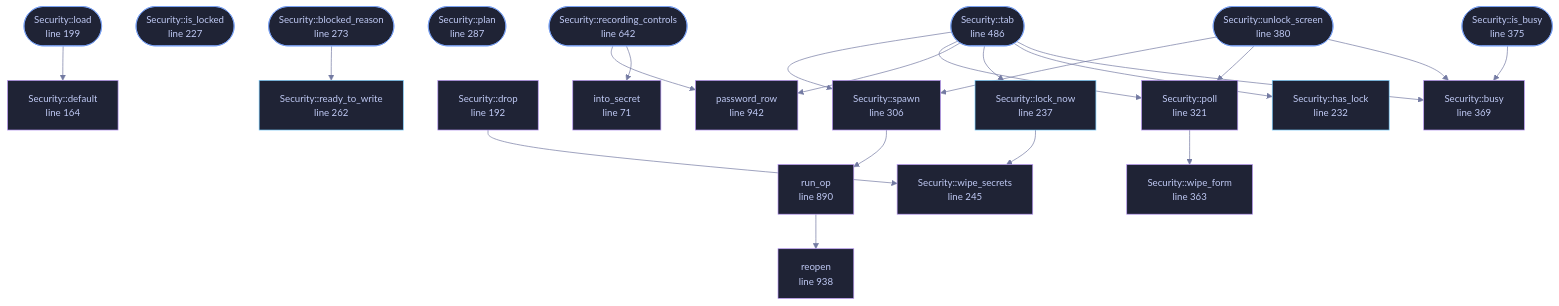
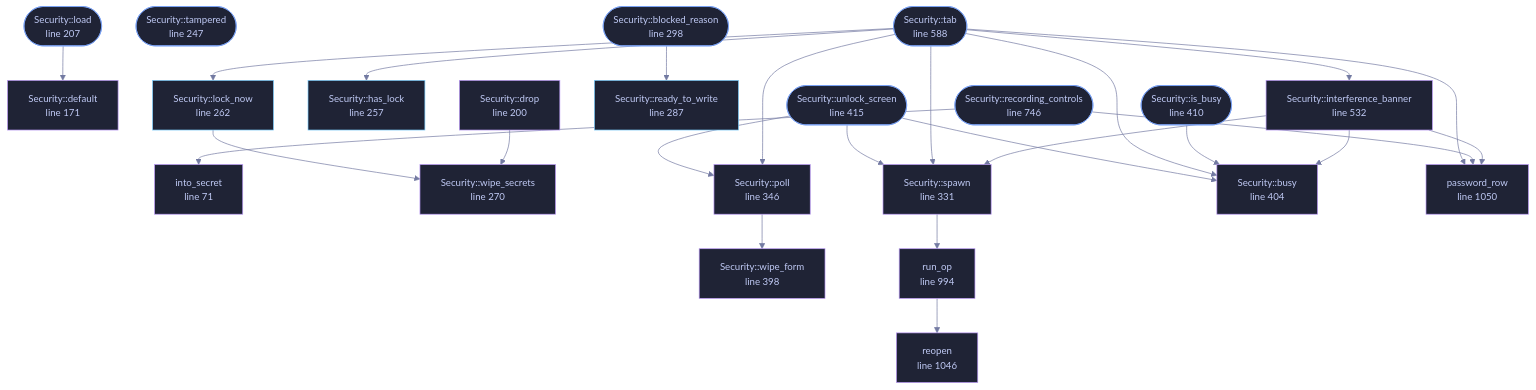
One commit to tilas01/veilvoice changed the diagram in docs/files/veilvoice-gui/security.md. Above: the diagram before and after it, drawn with Mermaid. The commit also changed other lines of this file and 57 other files, not shown here.

````diff
--- a/docs/files/veilvoice-gui/security.md
+++ b/docs/files/veilvoice-gui/security.md
@@ -131,73 +132,77 @@
 ```mermaid
 %%{init: {"theme":"base","themeVariables":{"background":"#1a1b26","primaryColor":"#1f2335","primaryTextColor":"#c0caf5","primaryBorderColor":"#7aa2f7","secondaryColor":"#16161e","tertiaryColor":"#16161e","lineColor":"#737aa2","textColor":"#c0caf5","mainBkg":"#1f2335","nodeBorder":"#7aa2f7","clusterBkg":"#16161e","clusterBorder":"#2f3549","fontFamily":"ui-monospace, SFMono-Regular, Consolas, monospace","fontSize":"14px"}}}%%
 flowchart TD
     n_into_secret["into_secret<br/>line 71"]
-    n_default["Security::default<br/>line 164"]
-    n_drop["Security::drop<br/>line 192"]
-    n_load(["Security::load<br/>line 199"])
-    n_is_locked(["Security::is_locked<br/>line 227"])
-    n_has_lock["Security::has_lock<br/>line 232"]
-    n_lock_now["Security::lock_now<br/>line 237"]
-    n_wipe_secrets["Security::wipe_secrets<br/>line 245"]
-    n_ready_to_write["Security::ready_to_write<br/>line 262"]
-    n_blocked_reason(["Security::blocked_reason<br/>line 273"])
-    n_plan(["Security::plan<br/>line 287"])
-    n_spawn["Security::spawn<br/>line 306"]
-    n_poll["Security::poll<br/>line 321"]
-    n_wipe_form["Security::wipe_form<br/>line 363"]
-    n_busy["Security::busy<br/>line 369"]
-    n_is_busy(["Security::is_busy<br/>line 375"])
-    n_unlock_screen(["Security::unlock_screen<br/>line 380"])
-    n_tab(["Security::tab<br/>line 486"])
-    n_recording_controls(["Security::recording_controls<br/>line 642"])
-    n_run_op["run_op<br/>line 890"]
-    n_reopen["reopen<br/>line 938"]
-    n_password_row["password_row<br/>line 942"]
+    n_default["Security::default<br/>line 171"]
+    n_drop["Security::drop<br/>line 200"]
+    n_load(["Security::load<br/>line 207"])
+    n_tampered(["Security::tampered<br/>line 247"])
+    n_has_lock["Security::has_lock<br/>line 257"]
+    n_lock_now["Security::lock_now<br/>line 262"]
+    n_wipe_secrets["Security::wipe_secrets<br/>line 270"]
+    n_ready_to_write["Security::ready_to_write<br/>line 287"]
+    n_blocked_reason(["Security::blocked_reason<br/>line 298"])
+    n_spawn["Security::spawn<br/>line 331"]
+    n_poll["Security::poll<br/>line 346"]
+    n_wipe_form["Security::wipe_form<br/>line 398"]
+    n_busy["Security::busy<br/>line 404"]
+    n_is_busy(["Security::is_busy<br/>line 410"])
+    n_unlock_screen(["Security::unlock_screen<br/>line 415"])
+    n_interference_banner["Security::interference_banner<br/>line 532"]
+    n_tab(["Security::tab<br/>line 588"])
+    n_recording_controls(["Security::recording_controls<br/>line 746"])
+    n_run_op["run_op<br/>line 994"]
+    n_reopen["reopen<br/>line 1046"]
+    n_password_row["password_row<br/>line 1050"]
     n_blocked_reason --> n_ready_to_write
     n_drop --> n_wipe_secrets
+    n_interference_banner --> n_busy
+    n_interference_banner --> n_password_row
+    n_interference_banner --> n_spawn
     n_is_busy --> n_busy
     n_load --> n_default
     n_lock_now --> n_wipe_secrets
     n_poll --> n_wipe_form
     n_recording_controls --> n_into_secret
     n_recording_controls --> n_password_row
     n_run_op --> n_reopen
     n_spawn --> n_run_op
     n_tab --> n_busy
     n_tab --> n_has_lock
+    n_tab --> n_interference_banner
     n_tab --> n_lock_now
     n_tab --> n_password_row
     n_tab --> n_poll
     n_tab --> n_spawn
     n_unlock_screen --> n_busy
     n_unlock_screen --> n_poll
     n_unlock_screen --> n_spawn
     click n_into_secret href "https://github.com/tilas01/veilvoice/blob/main/crates/veilvoice-gui/src/security.rs#L71" "open the source"
-    click n_default href "https://github.com/tilas01/veilvoice/blob/main/crates/veilvoice-gui/src/security.rs#L164" "open the source"
-    click n_drop href "https://github.com/tilas01/veilvoice/blob/main/crates/veilvoice-gui/src/security.rs#L192" "open the source"
-    click n_load href "https://github.com/tilas01/veilvoice/blob/main/crates/veilvoice-gui/src/security.rs#L199" "open the source"
-    click n_is_locked href "https://github.com/tilas01/veilvoice/blob/main/crates/veilvoice-gui/src/security.rs#L227" "open the source"
-    click n_has_lock href "https://github.com/tilas01/veilvoice/blob/main/crates/veilvoice-gui/src/security.rs#L232" "open the source"
-    click n_lock_now href "https://github.com/tilas01/veilvoice/blob/main/crates/veilvoice-gui/src/security.rs#L237" "open the source"
-    click n_wipe_secrets href "https://github.com/tilas01/veilvoice/blob/main/crates/veilvoice-gui/src/security.rs#L245" "open the source"
-    click n_ready_to_write href "https://github.com/tilas01/veilvoice/blob/main/crates/veilvoice-gui/src/security.rs#L262" "open the source"
-    click n_blocked_reason href "https://github.com/tilas01/veilvoice/blob/main/crates/veilvoice-gui/src/security.rs#L273" "open the source"
-    click n_plan href "https://github.com/tilas01/veilvoice/blob/main/crates/veilvoice-gui/src/security.rs#L287" "open the source"
-    click n_spawn href "https://github.com/tilas01/veilvoice/blob/main/crates/veilvoice-gui/src/security.rs#L306" "open the source"
-    click n_poll href "https://github.com/tilas01/veilvoice/blob/main/crates/veilvoice-gui/src/security.rs#L321" "open the source"
-    click n_wipe_form href "https://github.com/tilas01/veilvoice/blob/main/crates/veilvoice-gui/src/security.rs#L363" "open the source"
-    click n_busy href "https://github.com/tilas01/veilvoice/blob/main/crates/veilvoice-gui/src/security.rs#L369" "open the source"
-    click n_is_busy href "https://github.com/tilas01/veilvoice/blob/main/crates/veilvoice-gui/src/security.rs#L375" "open the source"
-    click n_unlock_screen href "https://github.com/tilas01/veilvoice/blob/main/crates/veilvoice-gui/src/security.rs#L380" "open the source"
-    click n_tab href "https://github.com/tilas01/veilvoice/blob/main/crates/veilvoice-gui/src/security.rs#L486" "open the source"
-    click n_recording_controls href "https://github.com/tilas01/veilvoice/blob/main/crates/veilvoice-gui/src/security.rs#L642" "open the source"
-    click n_run_op href "https://github.com/tilas01/veilvoice/blob/main/crates/veilvoice-gui/src/security.rs#L890" "open the source"
-    click n_reopen href "https://github.com/tilas01/veilvoice/blob/main/crates/veilvoice-gui/src/security.rs#L938" "open the source"
-    click n_password_row href "https://github.com/tilas01/veilvoice/blob/main/crates/veilvoice-gui/src/security.rs#L942" "open the source"
+    click n_default href "https://github.com/tilas01/veilvoice/blob/main/crates/veilvoice-gui/src/security.rs#L171" "open the source"
+    click n_drop href "https://github.com/tilas01/veilvoice/blob/main/crates/veilvoice-gui/src/security.rs#L200" "open the source"
+    click n_load href "https://github.com/tilas01/veilvoice/blob/main/crates/veilvoice-gui/src/security.rs#L207" "open the source"
+    click n_tampered href "https://github.com/tilas01/veilvoice/blob/main/crates/veilvoice-gui/src/security.rs#L247" "open the source"
+    click n_has_lock href "https://github.com/tilas01/veilvoice/blob/main/crates/veilvoice-gui/src/security.rs#L257" "open the source"
+    click n_lock_now href "https://github.com/tilas01/veilvoice/blob/main/crates/veilvoice-gui/src/security.rs#L262" "open the source"
+    click n_wipe_secrets href "https://github.com/tilas01/veilvoice/blob/main/crates/veilvoice-gui/src/security.rs#L270" "open the source"
+    click n_ready_to_write href "https://github.com/tilas01/veilvoice/blob/main/crates/veilvoice-gui/src/security.rs#L287" "open the source"
+    click n_blocked_reason href "https://github.com/tilas01/veilvoice/blob/main/crates/veilvoice-gui/src/security.rs#L298" "open the source"
+    click n_spawn href "https://github.com/tilas01/veilvoice/blob/main/crates/veilvoice-gui/src/security.rs#L331" "open the source"
+    click n_poll href "https://github.com/tilas01/veilvoice/blob/main/crates/veilvoice-gui/src/security.rs#L346" "open the source"
+    click n_wipe_form href "https://github.com/tilas01/veilvoice/blob/main/crates/veilvoice-gui/src/security.rs#L398" "open the source"
+    click n_busy href "https://github.com/tilas01/veilvoice/blob/main/crates/veilvoice-gui/src/security.rs#L404" "open the source"
+    click n_is_busy href "https://github.com/tilas01/veilvoice/blob/main/crates/veilvoice-gui/src/security.rs#L410" "open the source"
+    click n_unlock_screen href "https://github.com/tilas01/veilvoice/blob/main/crates/veilvoice-gui/src/security.rs#L415" "open the source"
+    click n_interference_banner href "https://github.com/tilas01/veilvoice/blob/main/crates/veilvoice-gui/src/security.rs#L532" "open the source"
+    click n_tab href "https://github.com/tilas01/veilvoice/blob/main/crates/veilvoice-gui/src/security.rs#L588" "open the source"
+    click n_recording_controls href "https://github.com/tilas01/veilvoice/blob/main/crates/veilvoice-gui/src/security.rs#L746" "open the source"
+    click n_run_op href "https://github.com/tilas01/veilvoice/blob/main/crates/veilvoice-gui/src/security.rs#L994" "open the source"
+    click n_reopen href "https://github.com/tilas01/veilvoice/blob/main/crates/veilvoice-gui/src/security.rs#L1046" "open the source"
+    click n_password_row href "https://github.com/tilas01/veilvoice/blob/main/crates/veilvoice-gui/src/security.rs#L1050" "open the source"
     classDef entry fill:#1f2335,stroke:#7aa2f7,color:#c0caf5
-    class n_load,n_is_locked,n_blocked_reason,n_plan,n_is_busy,n_unlock_screen,n_tab,n_recording_controls entry
+    class n_load,n_tampered,n_blocked_reason,n_is_busy,n_unlock_screen,n_tab,n_recording_controls entry
     classDef api fill:#1f2335,stroke:#7dcfff,color:#c0caf5
     class n_has_lock,n_lock_now,n_ready_to_write api
     classDef helper fill:#1f2335,stroke:#bb9af7,color:#c0caf5
-    class n_into_secret,n_default,n_drop,n_wipe_secrets,n_spawn,n_poll,n_wipe_form,n_busy,n_run_op,n_reopen,n_password_row helper
+    class n_into_secret,n_default,n_drop,n_wipe_secrets,n_spawn,n_poll,n_wipe_form,n_busy,n_interference_banner,n_run_op,n_reopen,n_password_row helper
 ```
````
